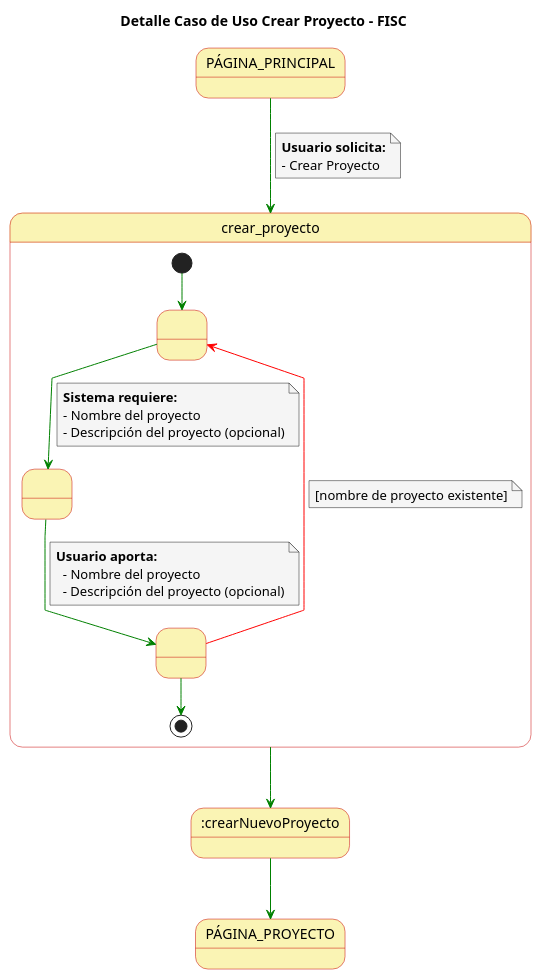
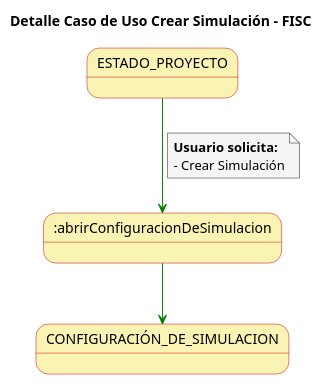
The diagram in casosDeUso/detallesCasosUso/detalleCasoUsoCrearProyecto.puml (mmasias/23-24-IdSw1-SDR), drawn with PlantUML before and after one commit. The commit also changed other lines of this file and 7 other files, not shown here.

```diff
--- a/casosDeUso/detallesCasosUso/detalleCasoUsoCrearProyecto.puml
+++ b/casosDeUso/detallesCasosUso/detalleCasoUsoCrearProyecto.puml
@@ -2,52 +1,25 @@
 @startuml
 
 skinparam state {
   BackgroundColor #faf4b4
   BorderColor #c90000
 }
 
 skinparam note {
   BackgroundColor #f5f5f5
 }
 
 skinparam linetype polyline
 
-title Detalle Caso de Uso Crear Proyecto - FISC
+title Detalle Caso de Uso Crear Simulación - FISC
 
 
-PÁGINA_PRINCIPAL-[#green]-> crear_proyecto
+ESTADO_PROYECTO-[#green]-> :abrirConfiguracionDeSimulacion
 note on link
   **Usuario solicita:**
-  - Crear Proyecto
+  - Crear Simulación
 end note
 
-state crear_proyecto{
-  state 1 as " "
-  state 2 as " "
-  state 3 as " "
-  
-  [*] -[#green]->1
-  1 -[#green]-> 2
-  note on link
-      **Sistema requiere:**
-      - Nombre del proyecto
-      - Descripción del proyecto (opcional)
-  end note
-  2 -[#green]-> 3
-  note on link
-    **Usuario aporta:**
-      - Nombre del proyecto
-      - Descripción del proyecto (opcional)
-  end note
-  3 -[#red]-> 1
-  note on link
-    [nombre de proyecto existente]
-  end note
-  3 -[#green]-> [*]
-}
-
-crear_proyecto-[#green]-> :crearNuevoProyecto
-
-:crearNuevoProyecto -[#green]-> PÁGINA_PROYECTO
+:abrirConfiguracionDeSimulacion -[#green]-> CONFIGURACIÓN_DE_SIMULACION
 
 @enduml
```
